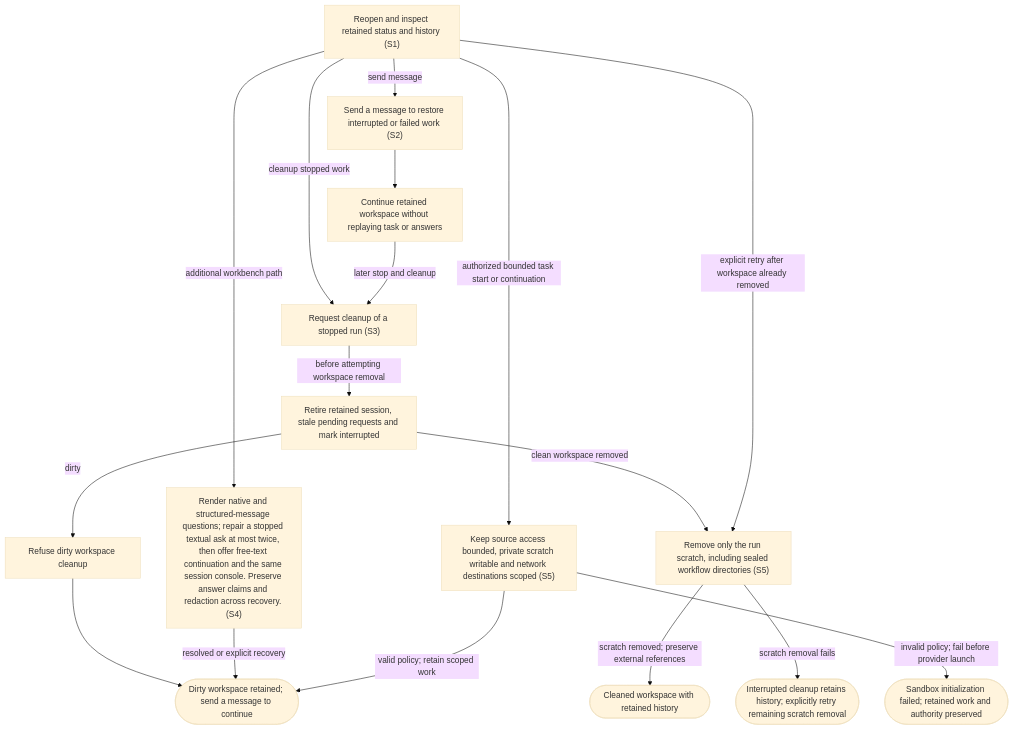
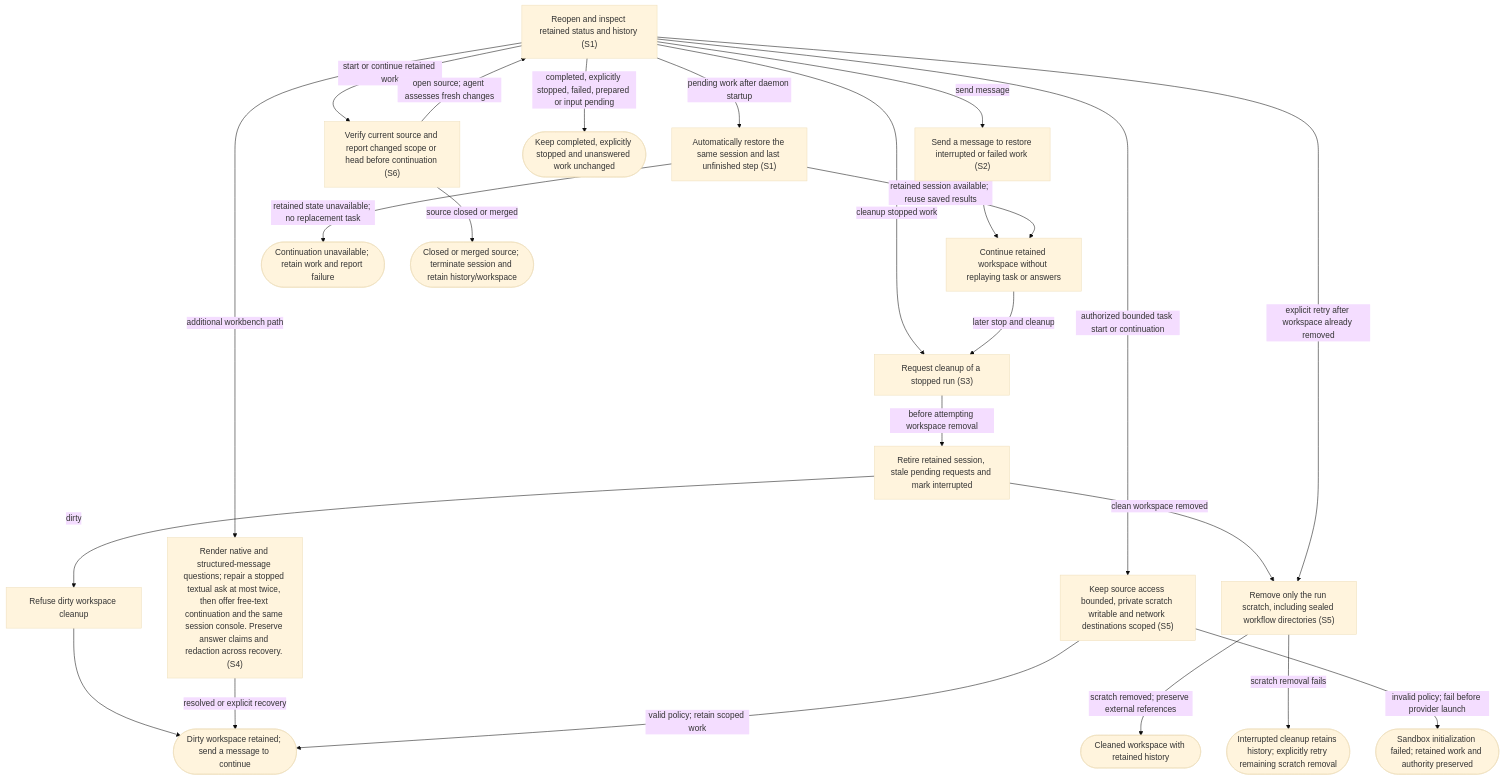
Before and after one commit to dk-code-factory/code-factory-plugin: the diagram in docs/user-flows/recover-cleanup.md, drawn with Mermaid (base theme). The commit also changed other lines of this file and 52 other files, not shown here.

First line of the commit message:
Continue retained work with fresh source checks

````diff
--- a/docs/user-flows/recover-cleanup.md
+++ b/docs/user-flows/recover-cleanup.md
@@ -42,32 +44,44 @@
 ```mermaid
 flowchart TD
     N0["Reopen and inspect retained status and history #40;S1#41;"]
     N1["Send a message to restore interrupted or failed work #40;S2#41;"]
     N2["Continue retained workspace without replaying task or answers"]
     N3["Request cleanup of a stopped run #40;S3#41;"]
     N4["Refuse dirty workspace cleanup"]
     N5(["Dirty workspace retained#59; send a message to continue"])
     N6(["Cleaned workspace with retained history"])
     N7["Retire retained session, stale pending requests and mark interrupted"]
     N8["Render native and structured-message questions#59; repair a stopped textual ask at most twice, then offer free-text continuation and the same session console. Preserve answer claims and redaction across recovery. #40;S4#41;"]
     N9["Keep source access bounded, private scratch writable and network destinations scoped #40;S5#41;"]
     N10(["Sandbox initialization failed#59; retained work and authority preserved"])
     N11["Remove only the run scratch, including sealed workflow directories #40;S5#41;"]
     N12(["Interrupted cleanup retains history#59; explicitly retry remaining scratch removal"])
+    N13["Automatically restore the same session and last unfinished step #40;S1#41;"]
+    N14(["Keep completed, explicitly stopped and unanswered work unchanged"])
+    N15(["Continuation unavailable#59; retain work and report failure"])
+    N16["Verify current source and report changed scope or head before continuation #40;S6#41;"]
+    N17(["Closed or merged source#59; terminate session and retain history/workspace"])
     N0 -->|"send message"| N1
     N1 --> N2
     N0 -->|"cleanup stopped work"| N3
     N2 -->|"later stop and cleanup"| N3
     N7 -->|"dirty"| N4
     N4 --> N5
     N3 -->|"before attempting workspace removal"| N7
     N0 -->|"additional workbench path"| N8
     N8 -->|"resolved or explicit recovery"| N5
     N0 -->|"authorized bounded task start or continuation"| N9
     N9 -->|"valid policy#59; retain scoped work"| N5
     N9 -->|"invalid policy#59; fail before provider launch"| N10
     N7 -->|"clean workspace removed"| N11
     N11 -->|"scratch removed#59; preserve external references"| N6
     N11 -->|"scratch removal fails"| N12
     N0 -->|"explicit retry after workspace already removed"| N11
+    N0 -->|"pending work after daemon startup"| N13
+    N13 -->|"retained session available#59; reuse saved results"| N2
+    N13 -->|"retained state unavailable#59; no replacement task"| N15
+    N0 -->|"completed, explicitly stopped, failed, prepared or input pending"| N14
+    N0 -->|"start or continue retained work"| N16
+    N16 -->|"source closed or merged"| N17
+    N16 -->|"open source#59; agent assesses fresh changes"| N0
 ```
````
